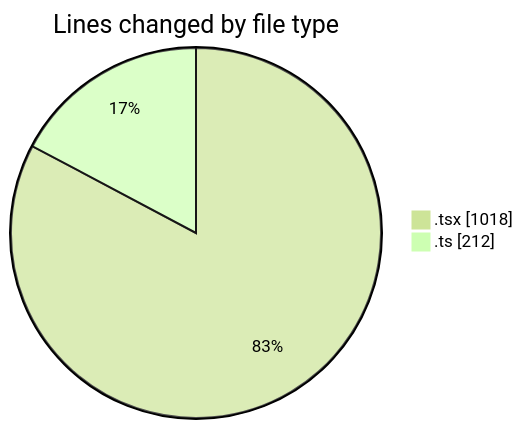
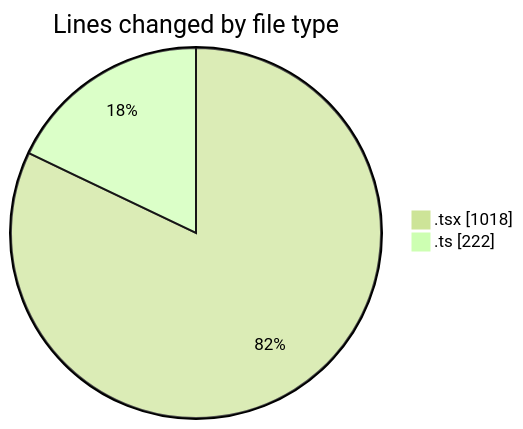
The first of 2 diagrams in 2025-10-31/eventscop-frontend-guide__workspace_/README.md (julien-gomy/code-tracking), drawn with Mermaid (forest theme) before and after one commit. The commit also changed other lines of this file and 1 other file, not shown here.

````diff
--- a/2025-10-31/eventscop-frontend-guide__workspace_/README.md
+++ b/2025-10-31/eventscop-frontend-guide__workspace_/README.md
@@ -26,6 +26,6 @@
 ```mermaid
 pie showData
 title Lines changed by file type
 ".tsx" : 1018
-".ts" : 212
+".ts" : 222
 ```
````
